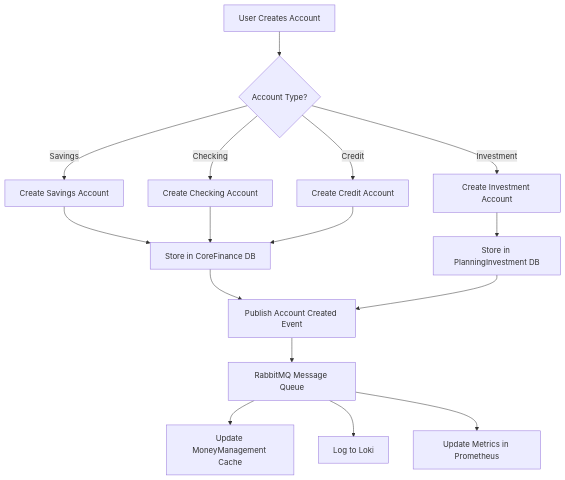
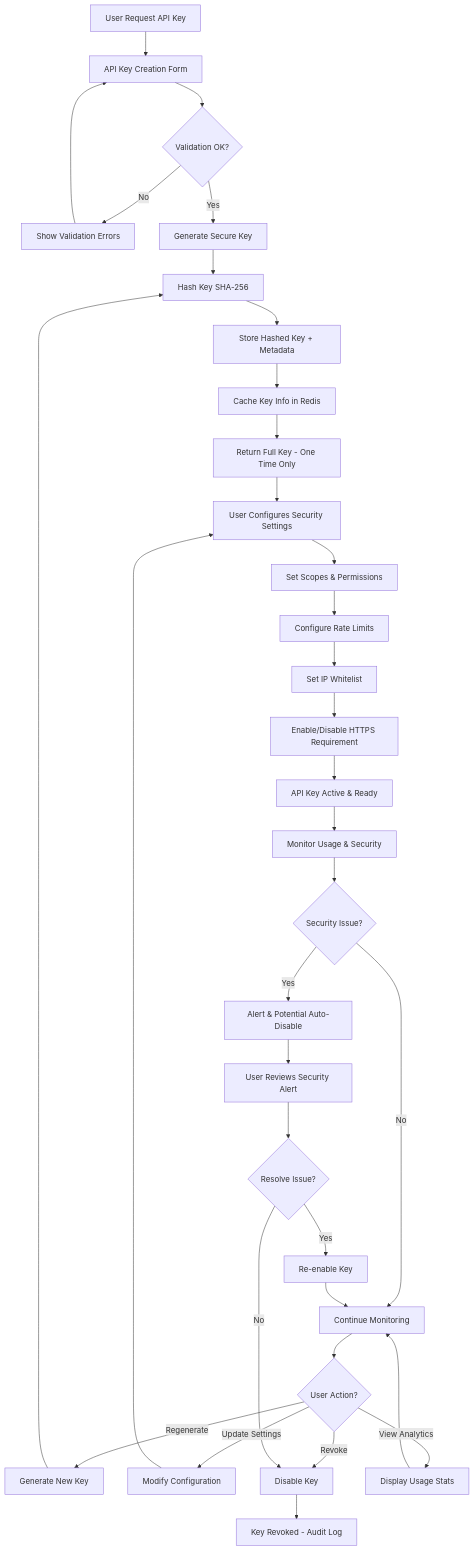
One commit to vinhltt/3_tihomo changed the third of 10 diagrams in design-docs/03-architecture/diagrams/flowcharts-v4.md. Above: the diagram before and after it, drawn with Mermaid. The commit also changed other lines of this file and 12 other files, not shown here.

First line of the commit message:
feat(api): Update design Enhanced API Key Management system

````diff
--- a/design-docs/03-architecture/diagrams/flowcharts-v4.md
+++ b/design-docs/03-architecture/diagrams/flowcharts-v4.md
@@ -70,20 +171,44 @@
 ```mermaid
 flowchart TD
-    A[User Creates Account] --> B{Account Type?}
-    B -->|Savings| C[Create Savings Account]
-    B -->|Checking| D[Create Checking Account]
-    B -->|Investment| E[Create Investment Account]
-    B -->|Credit| F[Create Credit Account]
+    A[User Request API Key] --> B[API Key Creation Form]
+    B --> C{Validation OK?}
+    C -->|No| D[Show Validation Errors]
+    D --> B
+    C -->|Yes| E[Generate Secure Key]
     
-    C --> G[Store in CoreFinance DB]
-    D --> G
-    E --> H[Store in PlanningInvestment DB]
-    F --> G
+    E --> F[Hash Key SHA-256]
+    F --> G[Store Hashed Key + Metadata]
+    G --> H[Cache Key Info in Redis]
+    H --> I[Return Full Key - One Time Only]
     
-    G --> I[Publish Account Created Event]
-    H --> I
-    I --> J[RabbitMQ Message Queue]
-    J --> K[Update MoneyManagement Cache]
-    J --> L[Log to Loki]
-    J --> M[Update Metrics in Prometheus]
+    I --> J[User Configures Security Settings]
+    J --> K[Set Scopes & Permissions]
+    K --> L[Configure Rate Limits]
+    L --> M[Set IP Whitelist]
+    M --> N[Enable/Disable HTTPS Requirement]
+    
+    N --> O[API Key Active & Ready]
+    O --> P[Monitor Usage & Security]
+    
+    P --> Q{Security Issue?}
+    Q -->|Yes| R[Alert & Potential Auto-Disable]
+    Q -->|No| S[Continue Monitoring]
+    
+    R --> T[User Reviews Security Alert]
+    S --> U{User Action?}
+    
+    U -->|Regenerate| V[Generate New Key]
+    U -->|Update Settings| W[Modify Configuration]
+    U -->|Revoke| X[Disable Key]
+    U -->|View Analytics| Y[Display Usage Stats]
+    
+    V --> F
+    W --> J
+    X --> Z[Key Revoked - Audit Log]
+    Y --> S
+    
+    T --> AA{Resolve Issue?}
+    AA -->|Yes| BB[Re-enable Key]
+    AA -->|No| X
+    BB --> S
 ```
````
